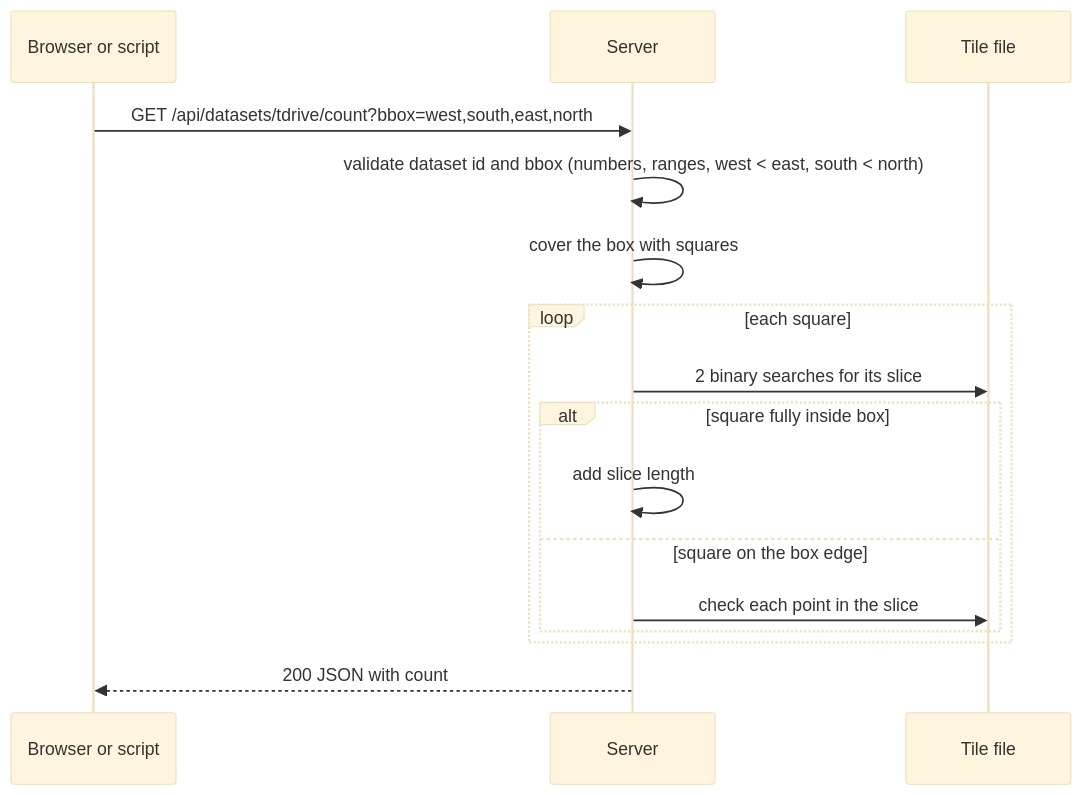
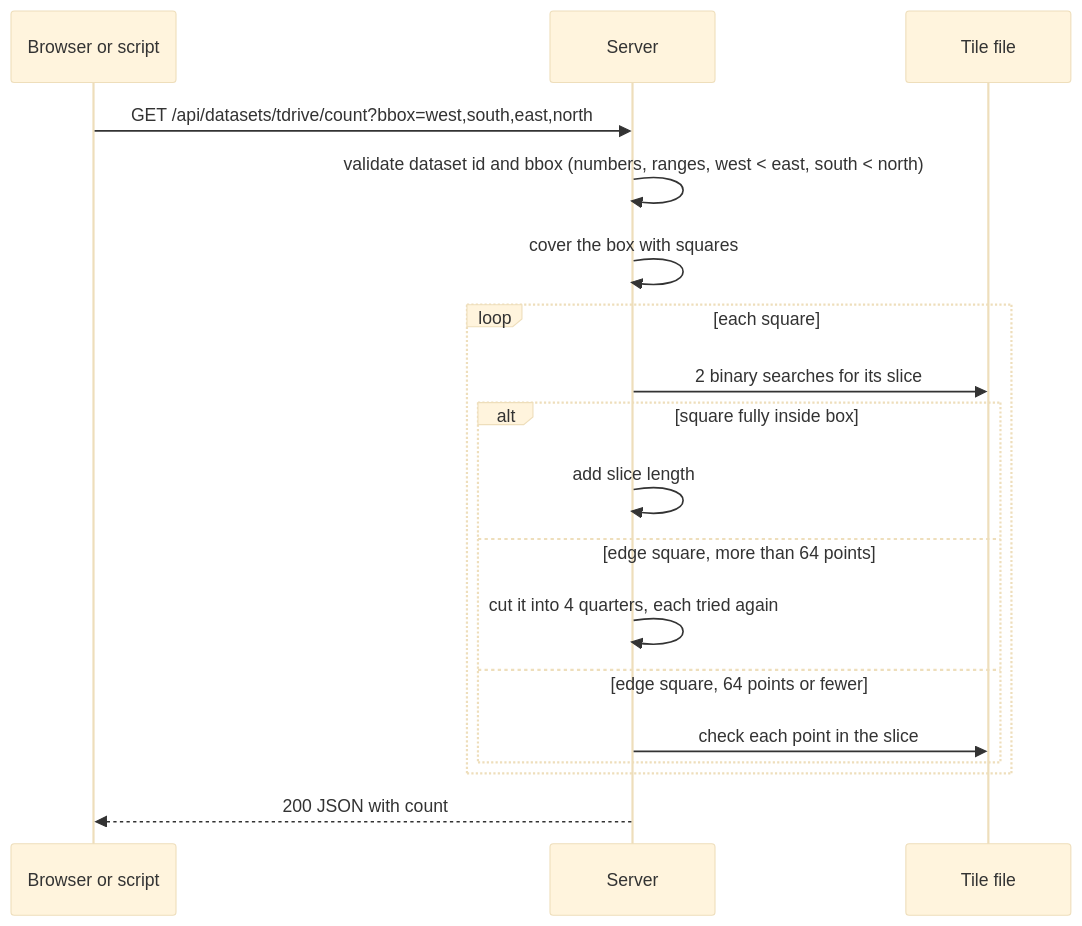
The fourth of 10 diagrams in docs/DESIGN.md (srir84/gps-tile-server), drawn with Mermaid (base theme) before and after one commit. The commit also changed other lines of this file and 22 other files, not shown here.

````diff
--- a/docs/DESIGN.md
+++ b/docs/DESIGN.md
@@ -231,18 +232,20 @@
 ```mermaid
 sequenceDiagram
   participant B as Browser or script
   participant S as Server
   participant F as Tile file
   B->>S: GET /api/datasets/tdrive/count?bbox=west,south,east,north
   S->>S: validate dataset id and bbox (numbers, ranges, west < east, south < north)
   S->>S: cover the box with squares
   loop each square
     S->>F: 2 binary searches for its slice
     alt square fully inside box
       S->>S: add slice length
-    else square on the box edge
+    else edge square, more than 64 points
+      S->>S: cut it into 4 quarters, each tried again
+    else edge square, 64 points or fewer
       S->>F: check each point in the slice
     end
   end
   S-->>B: 200 JSON with count
 ```
````
